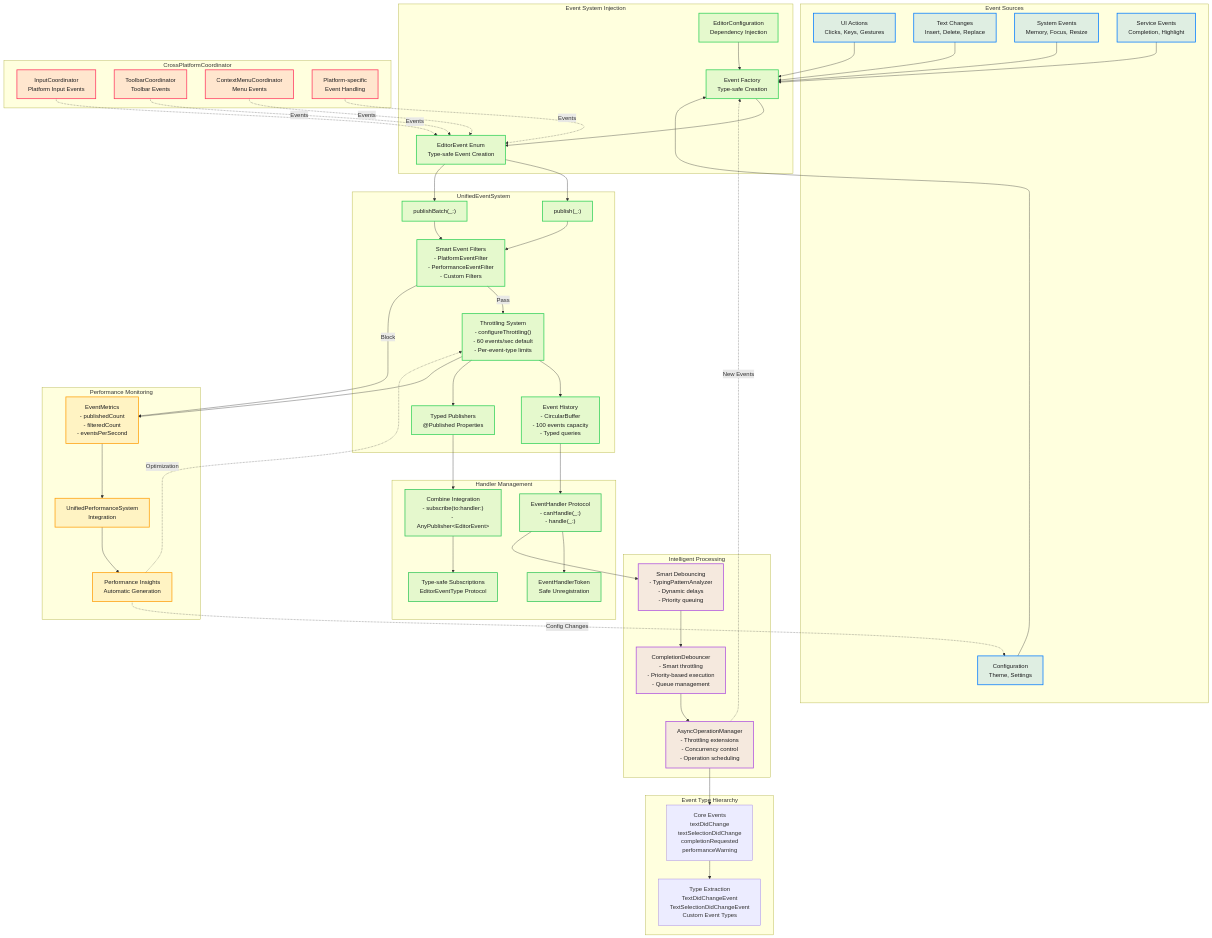
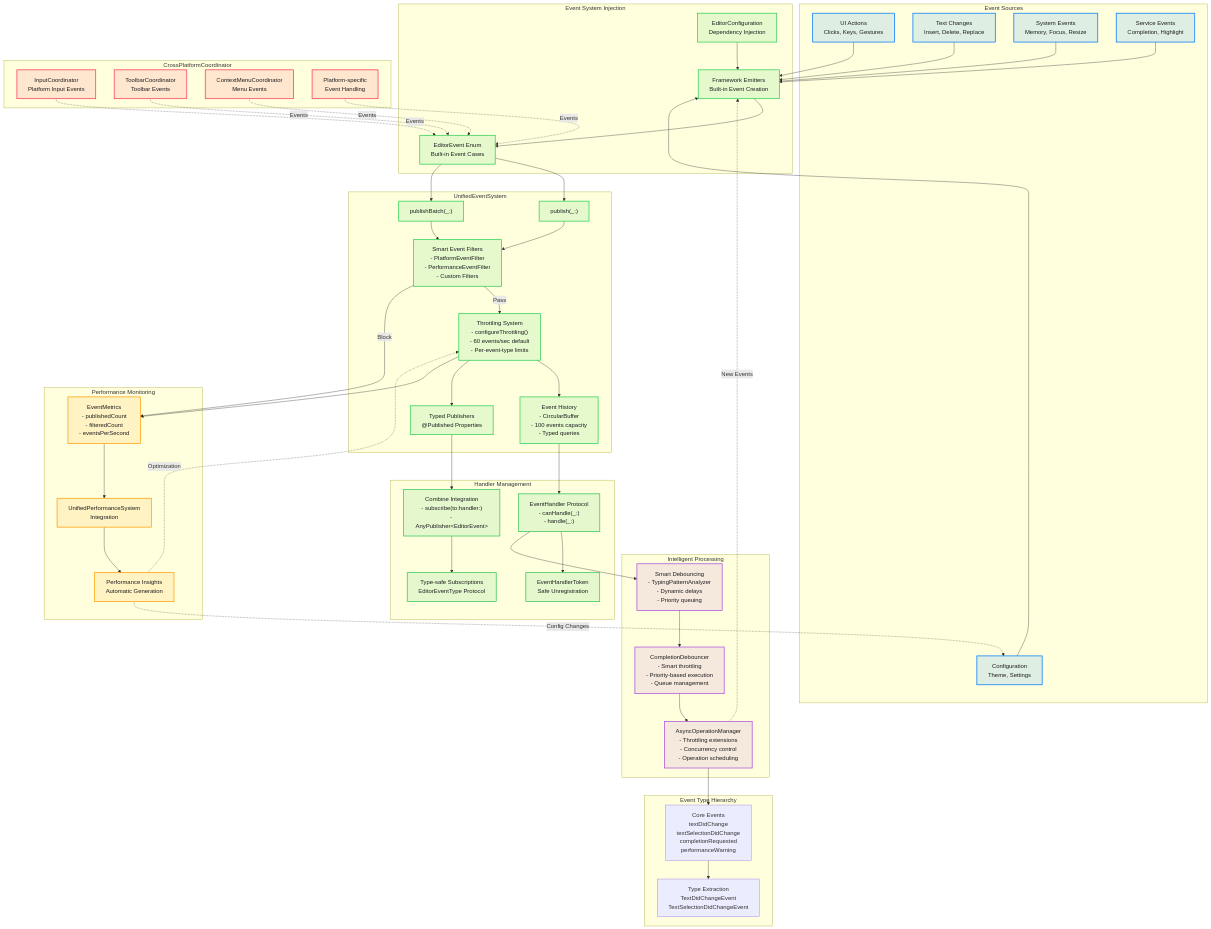
One commit to ajmcclary/CodeEditorKit changed the diagram in docs/Diagrams/05-event-system-flow.md. Above: the diagram before and after it, drawn with Mermaid. The commit also changed other lines of this file and 43 other files, not shown here.

```diff
--- a/docs/Diagrams/05-event-system-flow.md
+++ b/docs/Diagrams/05-event-system-flow.md
@@ -16,8 +16,8 @@
     %% Event Creation & Injection
     subgraph "Event System Injection"
         INJECT[EditorConfiguration<br/>Dependency Injection]
-        CREATE[Event Factory<br/>Type-safe Creation]
-        EVENT[EditorEvent Enum<br/>Type-safe Event Creation]
+        CREATE[Framework Emitters<br/>Built-in Event Creation]
+        EVENT[EditorEvent Enum<br/>Built-in Event Cases]
     end
 
     %% Enhanced Event System Core
@@ -55,7 +55,7 @@
     %% Event Types (Expanded)
     subgraph "Event Type Hierarchy"
         CORE_EVENTS[Core Events<br/>textDidChange<br/>textSelectionDidChange<br/>completionRequested<br/>performanceWarning]
-        TYPED_EXTRACT[Type Extraction<br/>TextDidChangeEvent<br/>TextSelectionDidChangeEvent<br/>Custom Event Types]
+        TYPED_EXTRACT[Type Extraction<br/>TextDidChangeEvent<br/>TextSelectionDidChangeEvent]
     end
 
     %% Cross-Platform Coordination
```
